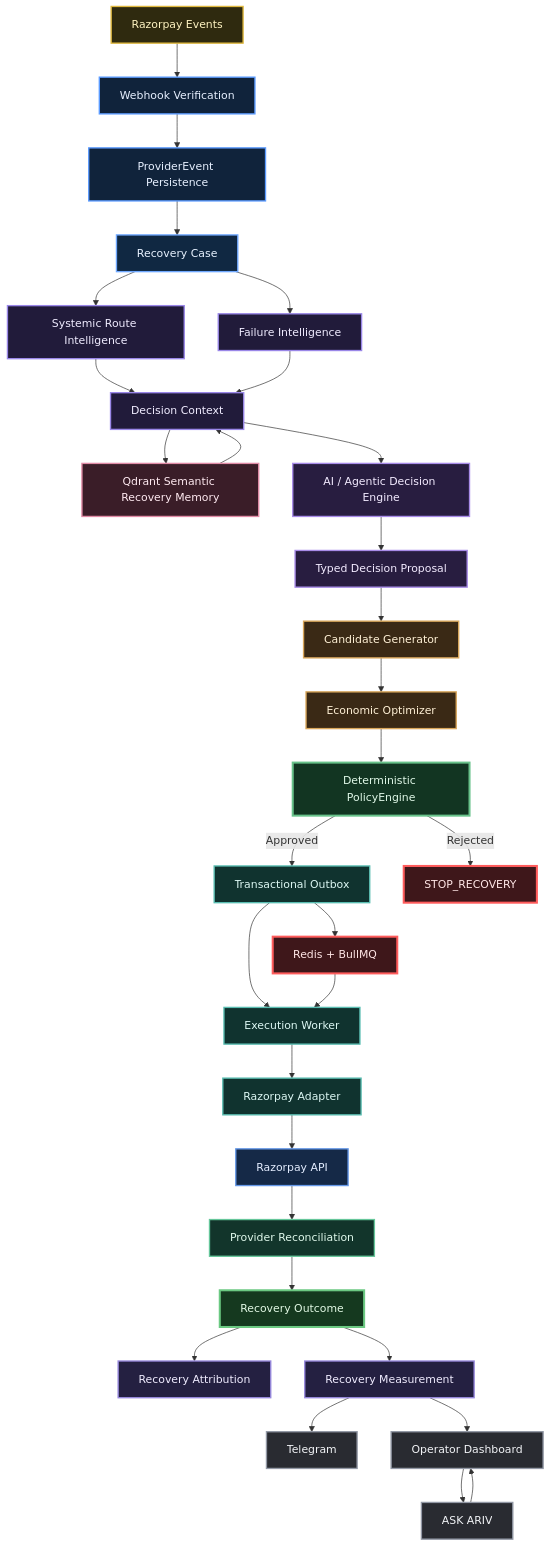
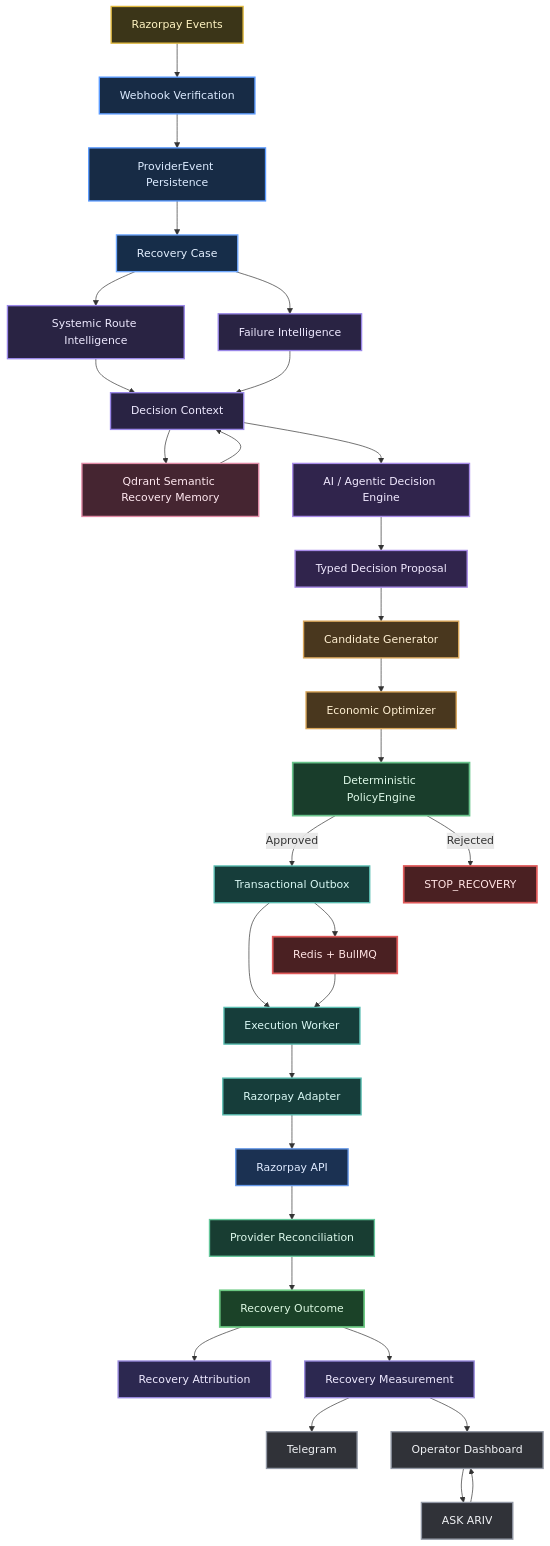
One commit to praveen0767/ARIV changed the diagram in README.md. Above: the diagram before and after it, drawn with Mermaid. The commit also changed other lines of this file, not shown here.

```diff
--- a/README.md
+++ b/README.md
@@ -465,47 +125,22 @@
     REDIS[Redis + BullMQ] --> WK
     OUT --> REDIS
 
-    %% ========================================
-    %% DARK ARIV COLOR PALETTE
-    %% ========================================
-
-    classDef provider fill:#2F2A0F,stroke:#E0B93F,color:#FFF4C2,stroke-width:2px;
-
-    classDef ingestion fill:#10233B,stroke:#5B9BFF,color:#E7F0FF,stroke-width:2px;
-
-    classDef case fill:#102842,stroke:#6FA8FF,color:#E8F2FF,stroke-width:2px;
-
-    classDef intelligence fill:#211B3A,stroke:#9A87E8,color:#F0ECFF,stroke-width:2px;
-
-    classDef memory fill:#3A1D28,stroke:#E08AA5,color:#FFEAF1,stroke-width:2px;
-
-    classDef agentic fill:#281D40,stroke:#A88BE8,color:#F3EBFF,stroke-width:2px;
-
-    classDef economics fill:#3A2915,stroke:#D9A65A,color:#FFF1D6,stroke-width:2px;
-
-    classDef policy fill:#123522,stroke:#68C28A,color:#E0F8E8,stroke-width:3px;
-
-    classDef execution fill:#10332F,stroke:#59BDB1,color:#DDF8F4,stroke-width:2px;
-
-    classDef api fill:#152947,stroke:#6598E8,color:#E4EDFF,stroke-width:2px;
-
-    classDef reconciliation fill:#12352B,stroke:#65C69A,color:#E0F9EC,stroke-width:2px;
-
-    classDef outcome fill:#15391F,stroke:#6BC982,color:#E2F9E5,stroke-width:3px;
-
-    classDef measurement fill:#242041,stroke:#9889DE,color:#F0ECFF,stroke-width:2px;
-
-    classDef operator fill:#292B31,stroke:#9298A5,color:#F2F4F7,stroke-width:2px;
-
-    %% RED #1 — Redis / BullMQ
-    classDef redis fill:#3E171A,stroke:#FF5C5C,color:#FFE6E6,stroke-width:3px;
-
-    %% RED #2 — Recovery Safety Stop
-    classDef stop fill:#3E171A,stroke:#FF5C5C,color:#FFE6E6,stroke-width:3px;
-
-    %% ========================================
-    %% NODE COLOR ASSIGNMENTS
-    %% ========================================
+    classDef provider fill:#3B3518,stroke:#E0B93F,color:#FFF4C2,stroke-width:2px;
+    classDef ingestion fill:#172B45,stroke:#5B9BFF,color:#DCEBFF,stroke-width:2px;
+    classDef case fill:#162D49,stroke:#6FA8FF,color:#E4F0FF,stroke-width:2px;
+    classDef intelligence fill:#292343,stroke:#9A87E8,color:#EEE9FF,stroke-width:2px;
+    classDef memory fill:#452531,stroke:#E08AA5,color:#FFE8F0,stroke-width:2px;
+    classDef agentic fill:#30244C,stroke:#A88BE8,color:#F1E9FF,stroke-width:2px;
+    classDef economics fill:#49371E,stroke:#D9A65A,color:#FFF0D2,stroke-width:2px;
+    classDef policy fill:#193D2B,stroke:#68C28A,color:#DDF8E7,stroke-width:2.5px;
+    classDef execution fill:#163D3A,stroke:#59BDB1,color:#D9F8F4,stroke-width:2px;
+    classDef api fill:#1B3152,stroke:#6598E8,color:#DFEAFF,stroke-width:2px;
+    classDef reconciliation fill:#183D32,stroke:#65C69A,color:#DDF9EC,stroke-width:2px;
+    classDef outcome fill:#1B4228,stroke:#6BC982,color:#DDF9E2,stroke-width:2.5px;
+    classDef measurement fill:#2C2850,stroke:#9889DE,color:#EEE9FF,stroke-width:2px;
+    classDef operator fill:#303238,stroke:#9298A5,color:#F0F2F5,stroke-width:2px;
+    classDef redis fill:#4A2022,stroke:#E05A5A,color:#FFE3E3,stroke-width:2.5px;
+    classDef stop fill:#4A2022,stroke:#E05A5A,color:#FFE3E3,stroke-width:2.5px;
 
     class RP provider;
     class WH,PE ingestion;
```
